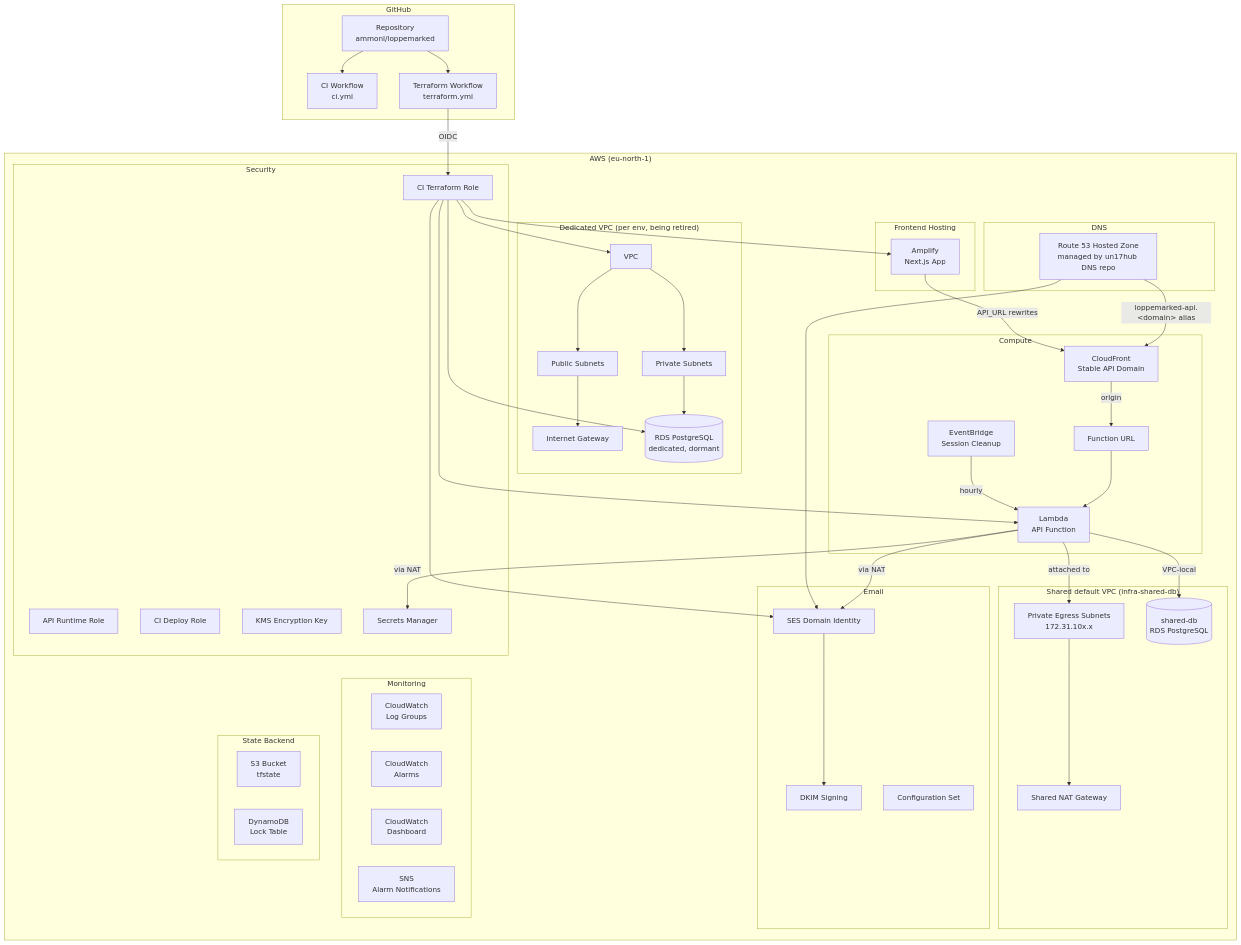
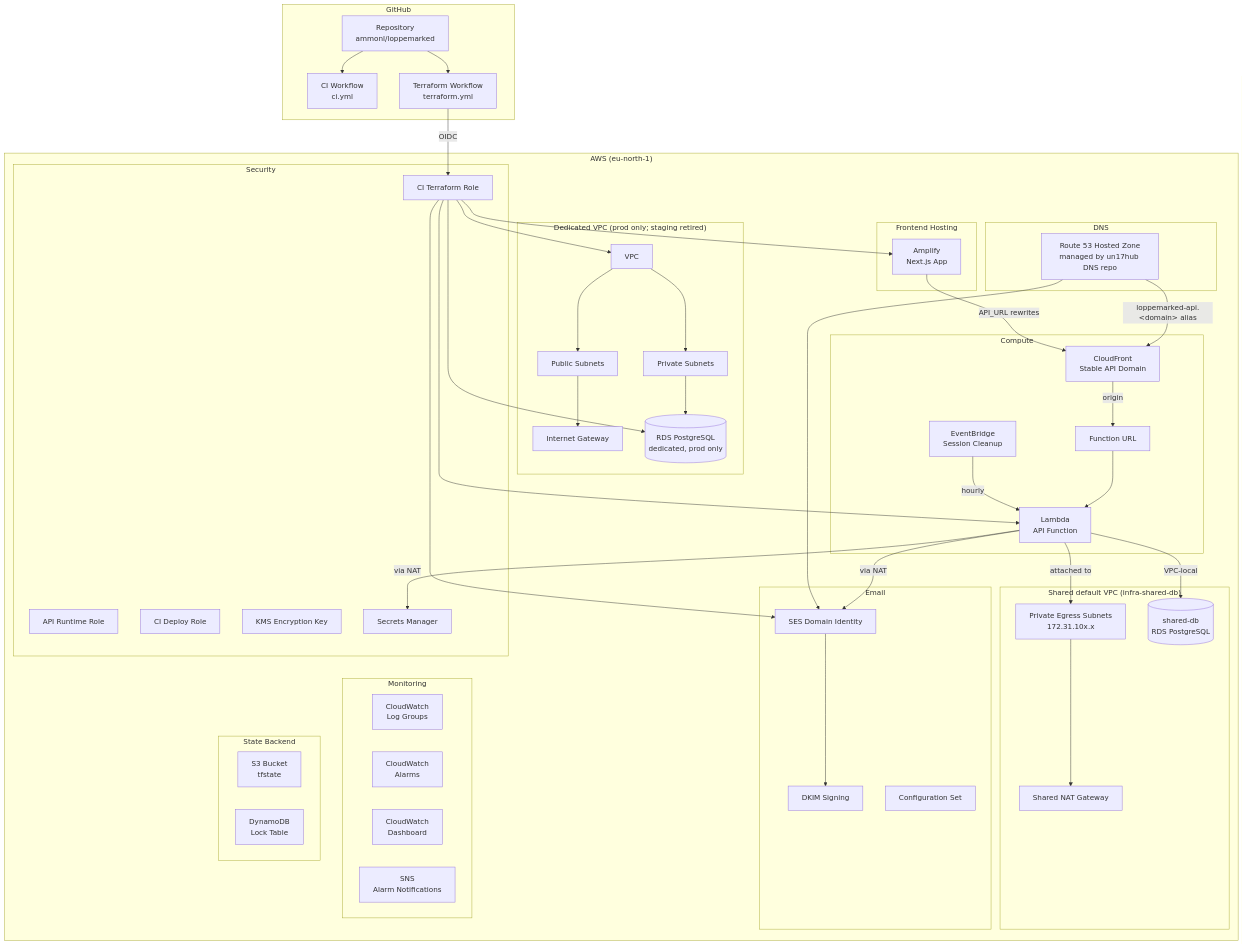
One commit to ammonl/loppemarked changed the sixth of 7 diagrams in docs/architecture.md. Above: the diagram before and after it, drawn with Mermaid. The commit also changed other lines of this file and 12 other files, not shown here.

First line of the commit message:
infra: retire staging dedicated VPC and RDS (#222) (#282)

```diff
--- a/docs/architecture.md
+++ b/docs/architecture.md
@@ -345,12 +349,12 @@
             SHARED_RDS[(shared-db<br/>RDS PostgreSQL)]
         end
 
-        subgraph "Dedicated VPC (per env, being retired)"
+        subgraph "Dedicated VPC (prod only; staging retired)"
             VPC[VPC]
             PUB_SUB[Public Subnets]
             PRIV_SUB[Private Subnets]
             IGW[Internet Gateway]
-            RDS[(RDS PostgreSQL<br/>dedicated, dormant)]
+            RDS[(RDS PostgreSQL<br/>dedicated, prod only)]
         end
 
         subgraph "Compute"
```
